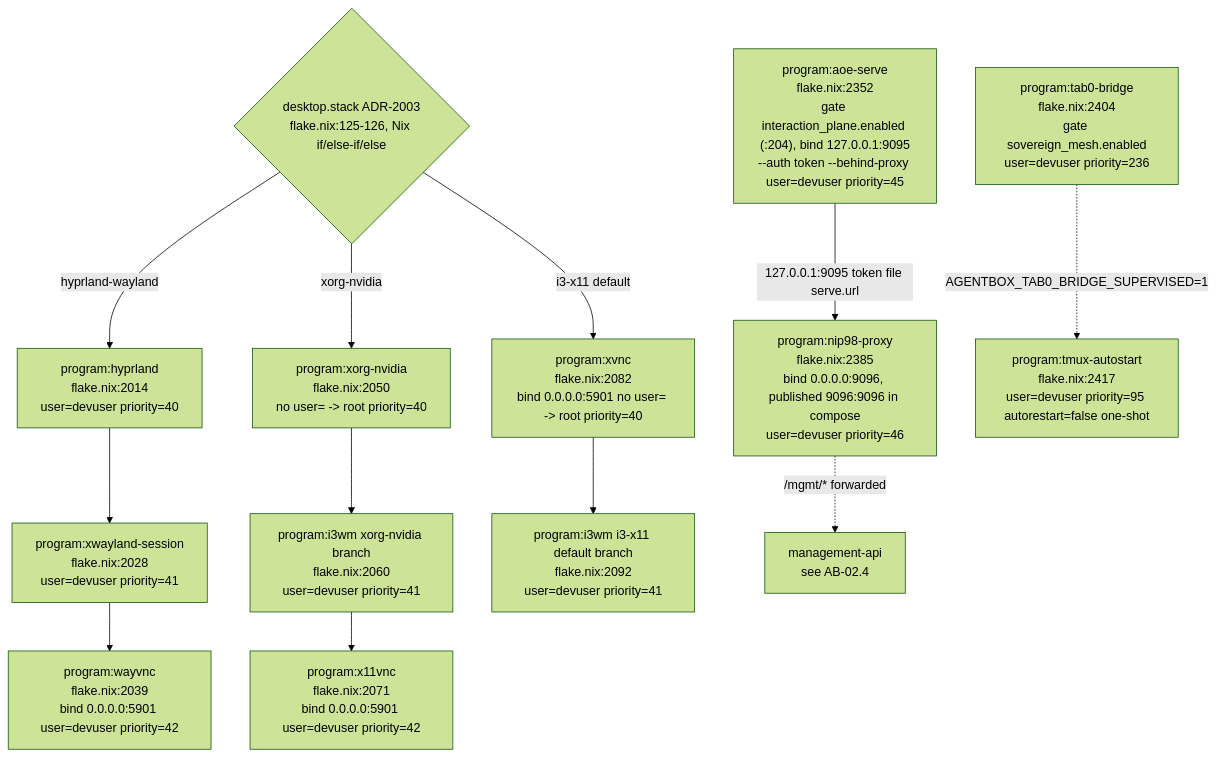
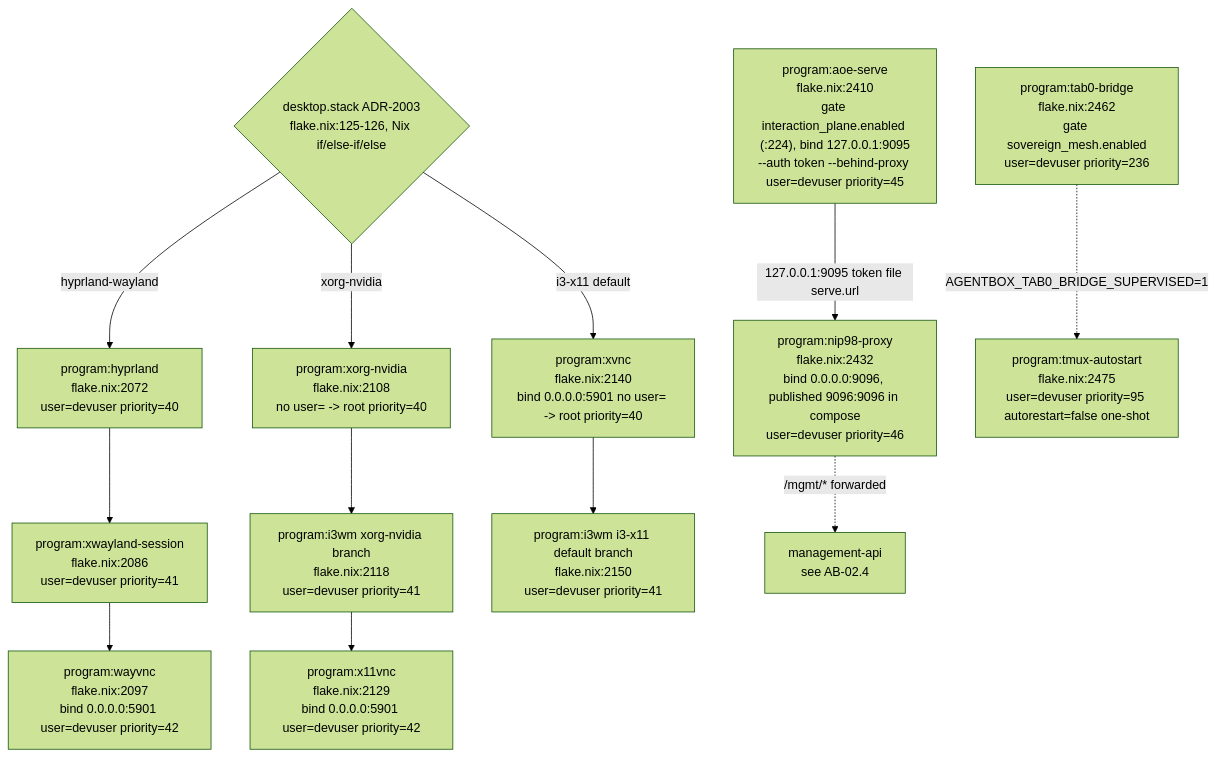
The seventh of 23 diagrams in docs/diagrams/agentbox/02-boot-sequence-and-readiness.md (DreamLab-AI/VisionFlow), drawn with Mermaid (forest theme) before and after one commit. The commit also changed other lines of this file and 28 other files, not shown here.

````diff
--- a/docs/diagrams/agentbox/02-boot-sequence-and-readiness.md
+++ b/docs/diagrams/agentbox/02-boot-sequence-and-readiness.md
@@ -241,23 +248,23 @@
 ```mermaid
 flowchart TB
     GATESTACK{"desktop.stack ADR-2003<br/>flake.nix:125-126, Nix if/else-if/else"}
-    HYPR["program:hyprland<br/>flake.nix:2014<br/>user=devuser priority=40"]
-    XWAY["program:xwayland-session<br/>flake.nix:2028<br/>user=devuser priority=41"]
-    WAYVNC["program:wayvnc<br/>flake.nix:2039<br/>bind 0.0.0.0:5901 user=devuser priority=42"]
-    XORG["program:xorg-nvidia<br/>flake.nix:2050<br/>no user= -&gt; root priority=40"]
-    I3A["program:i3wm xorg-nvidia branch<br/>flake.nix:2060<br/>user=devuser priority=41"]
-    X11VNC["program:x11vnc<br/>flake.nix:2071<br/>bind 0.0.0.0:5901 user=devuser priority=42"]
-    XVNC["program:xvnc<br/>flake.nix:2082<br/>bind 0.0.0.0:5901 no user= -&gt; root priority=40"]
-    I3B["program:i3wm i3-x11 default branch<br/>flake.nix:2092<br/>user=devuser priority=41"]
-    AOE["program:aoe-serve<br/>flake.nix:2352<br/>gate interaction_plane.enabled (:204), bind 127.0.0.1:9095<br/>--auth token --behind-proxy user=devuser priority=45"]
-    NIP98["program:nip98-proxy<br/>flake.nix:2385<br/>bind 0.0.0.0:9096, published 9096:9096 in compose<br/>user=devuser priority=46"]
-    TAB0["program:tab0-bridge<br/>flake.nix:2404<br/>gate sovereign_mesh.enabled<br/>user=devuser priority=236"]
-    TMUX["program:tmux-autostart<br/>flake.nix:2417<br/>user=devuser priority=95 autorestart=false one-shot"]
+    HYPR["program:hyprland<br/>flake.nix:2072<br/>user=devuser priority=40"]
+    XWAY["program:xwayland-session<br/>flake.nix:2086<br/>user=devuser priority=41"]
+    WAYVNC["program:wayvnc<br/>flake.nix:2097<br/>bind 0.0.0.0:5901 user=devuser priority=42"]
+    XORG["program:xorg-nvidia<br/>flake.nix:2108<br/>no user= -&gt; root priority=40"]
+    I3A["program:i3wm xorg-nvidia branch<br/>flake.nix:2118<br/>user=devuser priority=41"]
+    X11VNC["program:x11vnc<br/>flake.nix:2129<br/>bind 0.0.0.0:5901 user=devuser priority=42"]
+    XVNC["program:xvnc<br/>flake.nix:2140<br/>bind 0.0.0.0:5901 no user= -&gt; root priority=40"]
+    I3B["program:i3wm i3-x11 default branch<br/>flake.nix:2150<br/>user=devuser priority=41"]
+    AOE["program:aoe-serve<br/>flake.nix:2410<br/>gate interaction_plane.enabled (:224), bind 127.0.0.1:9095<br/>--auth token --behind-proxy user=devuser priority=45"]
+    NIP98["program:nip98-proxy<br/>flake.nix:2432<br/>bind 0.0.0.0:9096, published 9096:9096 in compose<br/>user=devuser priority=46"]
+    TAB0["program:tab0-bridge<br/>flake.nix:2462<br/>gate sovereign_mesh.enabled<br/>user=devuser priority=236"]
+    TMUX["program:tmux-autostart<br/>flake.nix:2475<br/>user=devuser priority=95 autorestart=false one-shot"]
 
     GATESTACK -->|"hyprland-wayland"| HYPR --> XWAY --> WAYVNC
     GATESTACK -->|"xorg-nvidia"| XORG --> I3A --> X11VNC
     GATESTACK -->|"i3-x11 default"| XVNC --> I3B
     AOE -->|"127.0.0.1:9095 token file serve.url"| NIP98
     NIP98 -.->|"/mgmt/* forwarded"| MGMTREF["management-api<br/>see AB-02.4"]
     TAB0 -.->|"AGENTBOX_TAB0_BRIDGE_SUPERVISED=1"| TMUX
 ```
````
